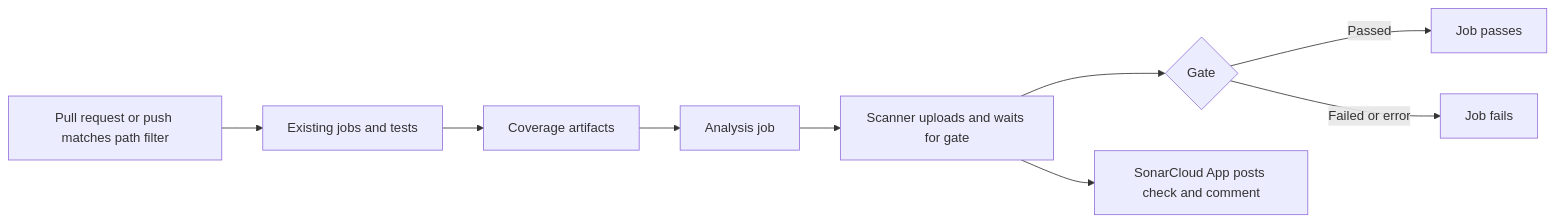
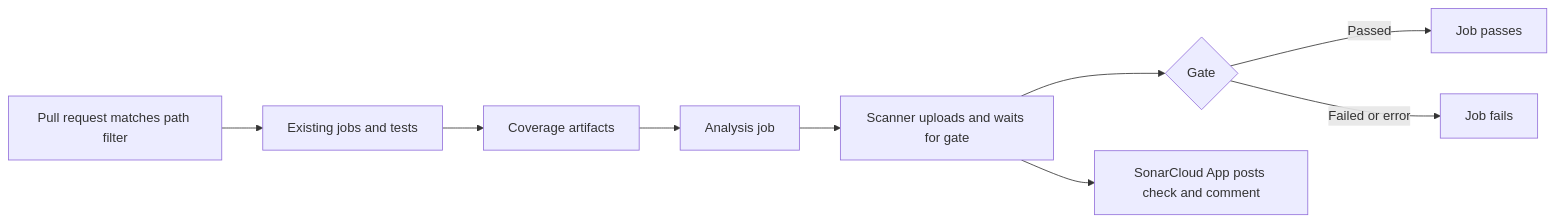
The diagram in documentation/features/shared/sonarcloud-ci/spec.md (CtrI-Alt-Del/shifu), drawn with Mermaid before and after one commit. The commit also changed other lines of this file and 4 other files, not shown here.

````diff
--- a/documentation/features/shared/sonarcloud-ci/spec.md
+++ b/documentation/features/shared/sonarcloud-ci/spec.md
@@ -277,11 +280,11 @@
 ```mermaid
 flowchart LR
-  A[Pull request or push matches path filter] --> B[Existing jobs and tests]
+  A[Pull request matches path filter] --> B[Existing jobs and tests]
   B --> C[Coverage artifacts]
   C --> D[Analysis job]
   D --> E[Scanner uploads and waits for gate]
   E --> F{Gate}
   F -->|Passed| G[Job passes]
   F -->|Failed or error| H[Job fails]
   E --> I[SonarCloud App posts check and comment]
 ```
````
